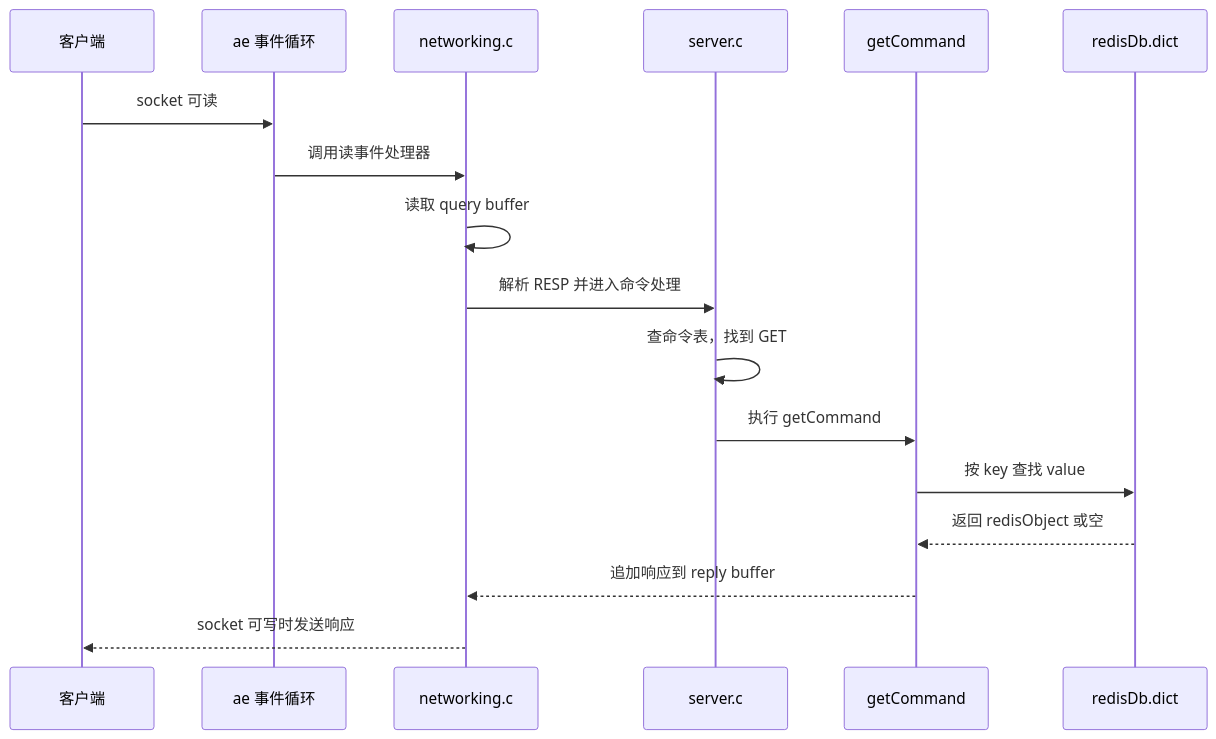
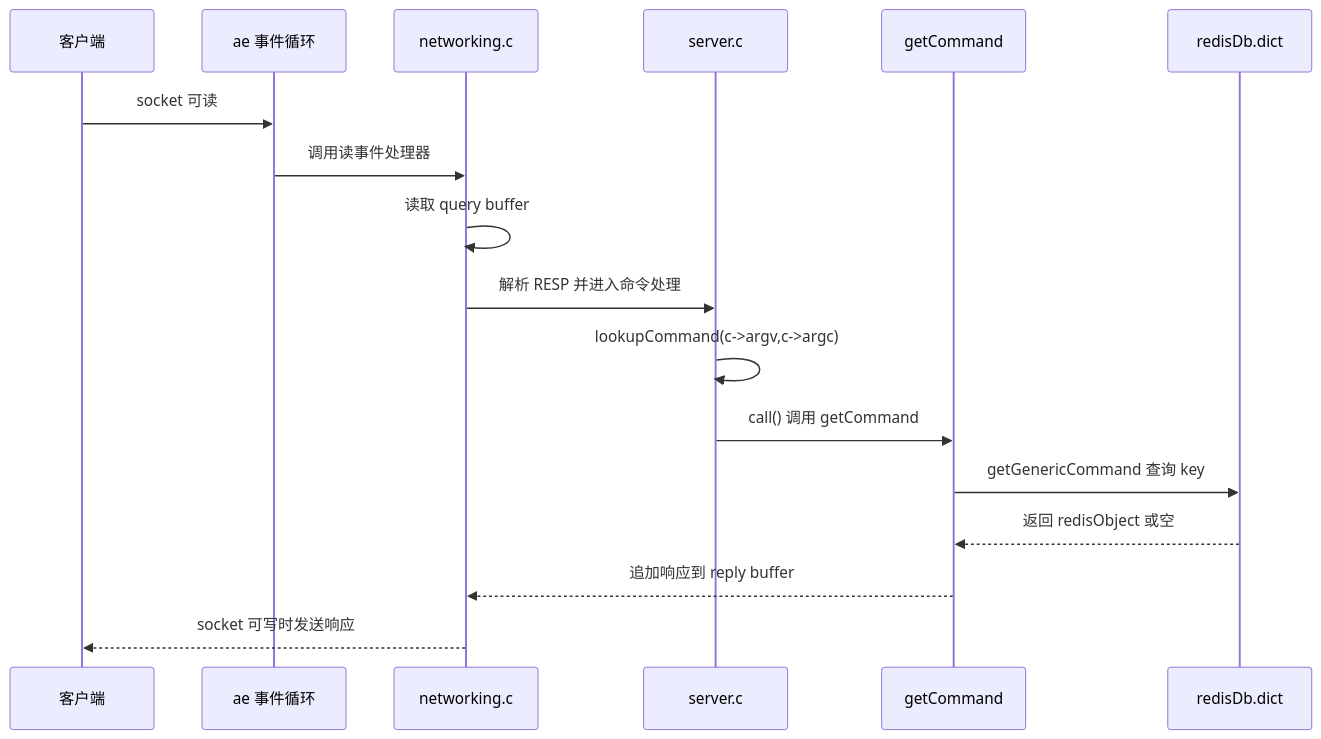
One commit to LeopardStack/LeopardStack.github.io changed the second of 3 diagrams in content/posts/tech/redis-deep-dive/01-redis-big-picture/index.md. Above: the diagram before and after it, drawn with Mermaid. The commit also changed other lines of this file and 3 other files, not shown here.

````diff
--- a/content/posts/tech/redis-deep-dive/01-redis-big-picture/index.md
+++ b/content/posts/tech/redis-deep-dive/01-redis-big-picture/index.md
@@ -69,20 +150,20 @@
 ```mermaid
 sequenceDiagram
     participant Client as 客户端
     participant AE as ae 事件循环
     participant Net as networking.c
     participant Server as server.c
     participant Cmd as getCommand
     participant DB as redisDb.dict
 
     Client->>AE: socket 可读
     AE->>Net: 调用读事件处理器
     Net->>Net: 读取 query buffer
     Net->>Server: 解析 RESP 并进入命令处理
-    Server->>Server: 查命令表，找到 GET
-    Server->>Cmd: 执行 getCommand
-    Cmd->>DB: 按 key 查找 value
+    Server->>Server: lookupCommand(c->argv,c->argc)
+    Server->>Cmd: call() 调用 getCommand
+    Cmd->>DB: getGenericCommand 查询 key
     DB-->>Cmd: 返回 redisObject 或空
     Cmd-->>Net: 追加响应到 reply buffer
     Net-->>Client: socket 可写时发送响应
 ```
````
